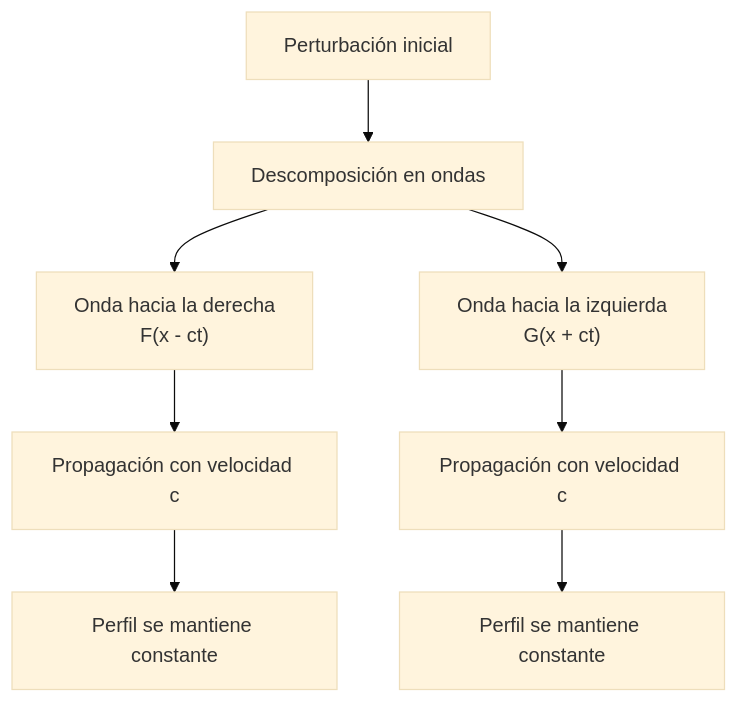
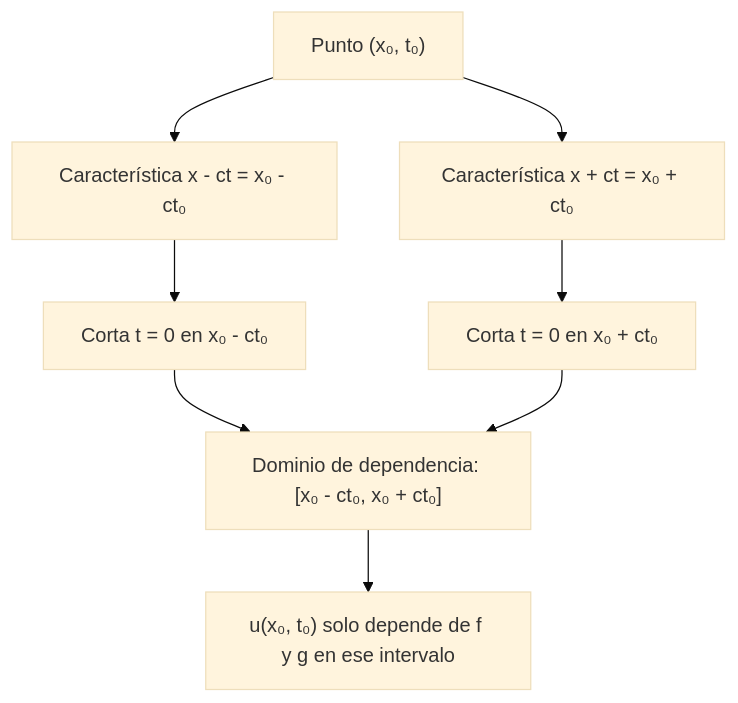
One commit to djaimej/computer-science-template changed the diagram in public/documents/semester-4/3/4364.md. Above: the diagram before and after it, drawn with Mermaid (base theme). The commit also changed other lines of this file and 4 other files, not shown here.

````diff
--- a/public/documents/semester-4/3/4364.md
+++ b/public/documents/semester-4/3/4364.md
@@ -50,12 +39,10 @@
 ```mermaid
 flowchart TD
-    A[Perturbación inicial] --> B[Descomposición en ondas]
-    B --> C["Onda hacia la derecha<br>F(x - ct)"]
-    B --> D["Onda hacia la izquierda<br>G(x + ct)"]
-
-    C --> E[Propagación con velocidad c]
-    D --> F[Propagación con velocidad c]
-
-    E --> G[Perfil se mantiene constante]
-    F --> H[Perfil se mantiene constante]
+    A["Punto (x₀, t₀)"] --> B["Característica x - ct = x₀ - ct₀"]
+    A --> C["Característica x + ct = x₀ + ct₀"]
+    B --> D["Corta t = 0 en x₀ - ct₀"]
+    C --> E["Corta t = 0 en x₀ + ct₀"]
+    D --> F["Dominio de dependencia: [x₀ - ct₀, x₀ + ct₀]"]
+    E --> F
+    F --> G["u(x₀, t₀) solo depende de f y g en ese intervalo"]
 ```
````
